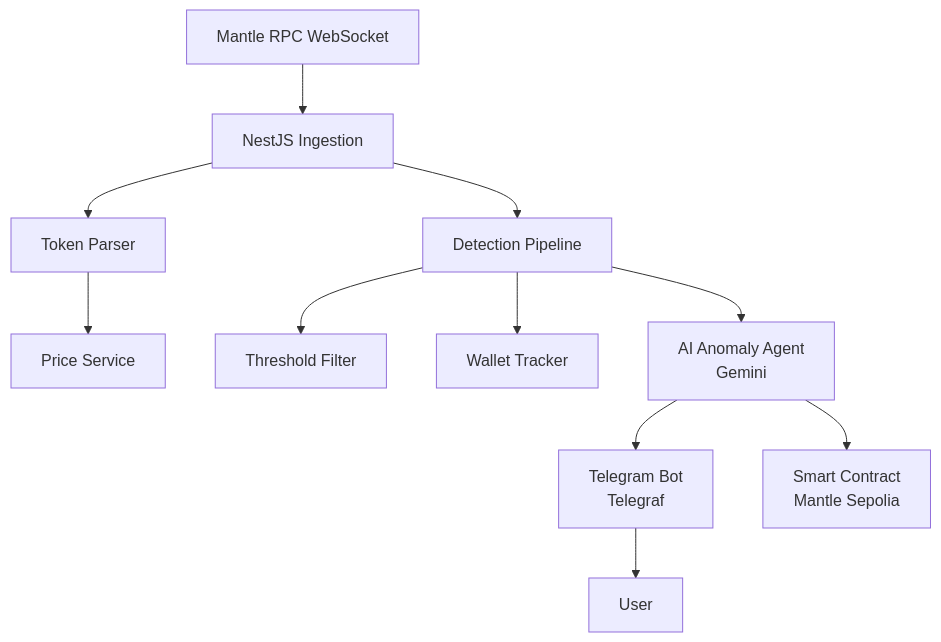
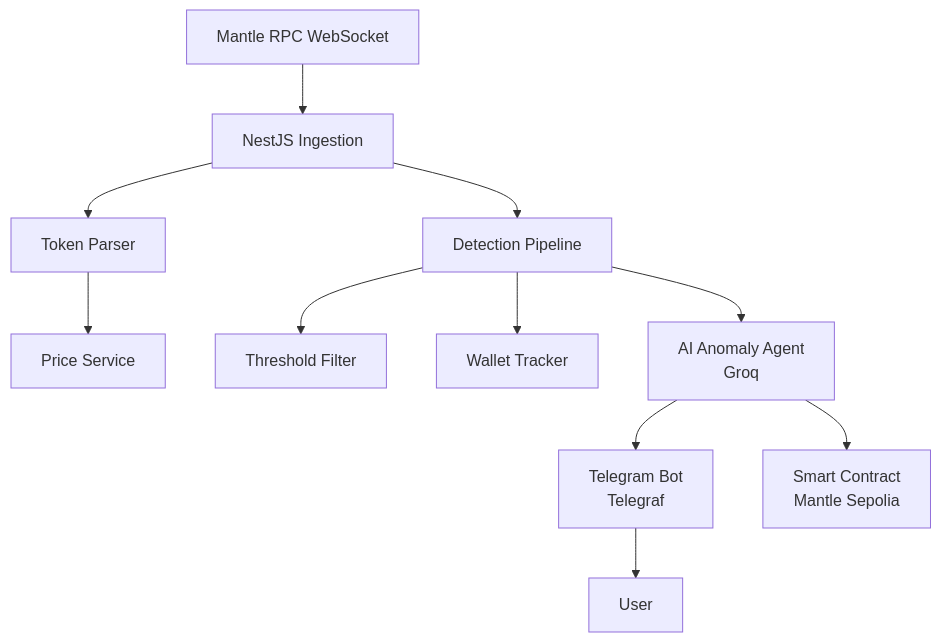
Before and after one commit to major101x/manspy: the diagram in README.md, drawn with Mermaid. The commit also changed other lines of this file, not shown here.

First line of the commit message:
docs: update README for Groq + Nansen + instant analysis

````diff
--- a/README.md
+++ b/README.md
@@ -53,15 +53,15 @@
 ```mermaid
 graph TD
     A[Mantle RPC WebSocket] --> B[NestJS Ingestion]
     B --> C[Token Parser]
     C --> D[Price Service]
     B --> E[Detection Pipeline]
 
     E --> F[Threshold Filter]
     E --> G[Wallet Tracker]
-    E --> H[AI Anomaly Agent <br> Gemini]
+    E --> H[AI Anomaly Agent <br> Groq]
 
     H --> I[Telegram Bot <br> Telegraf]
     H --> J[Smart Contract <br> Mantle Sepolia]
     I --> K[User]
 ```
````
